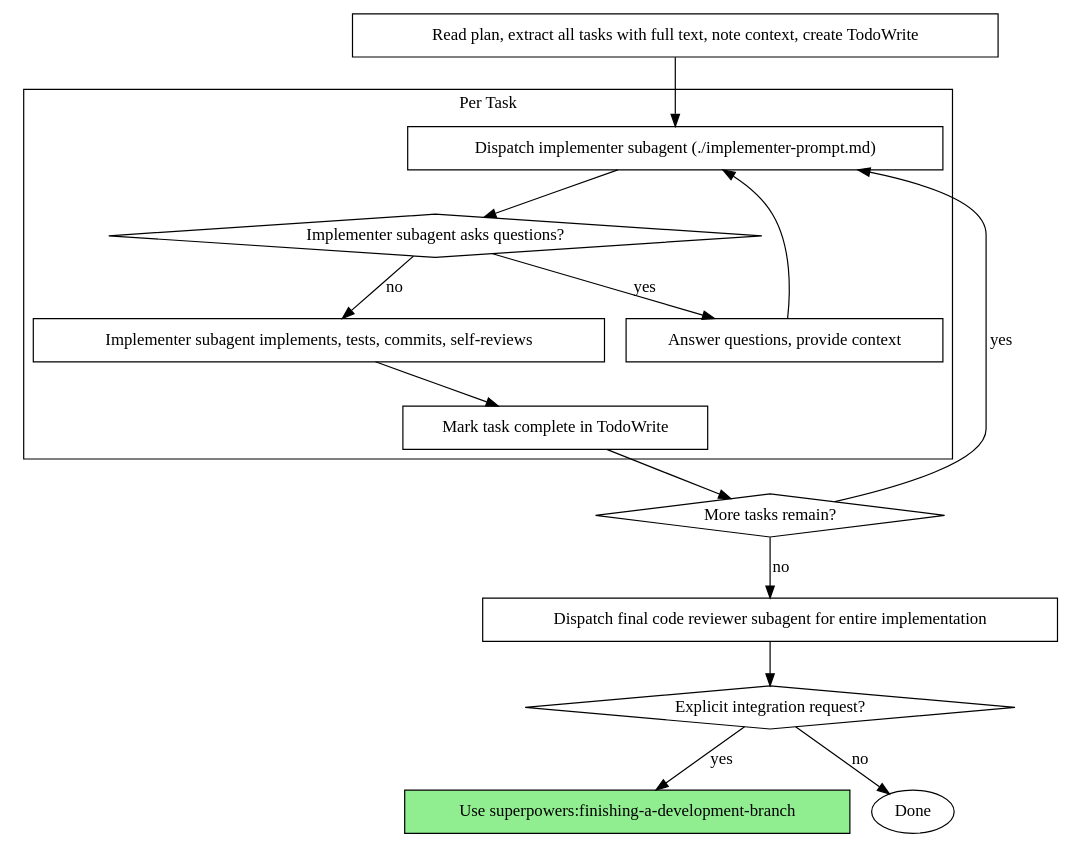
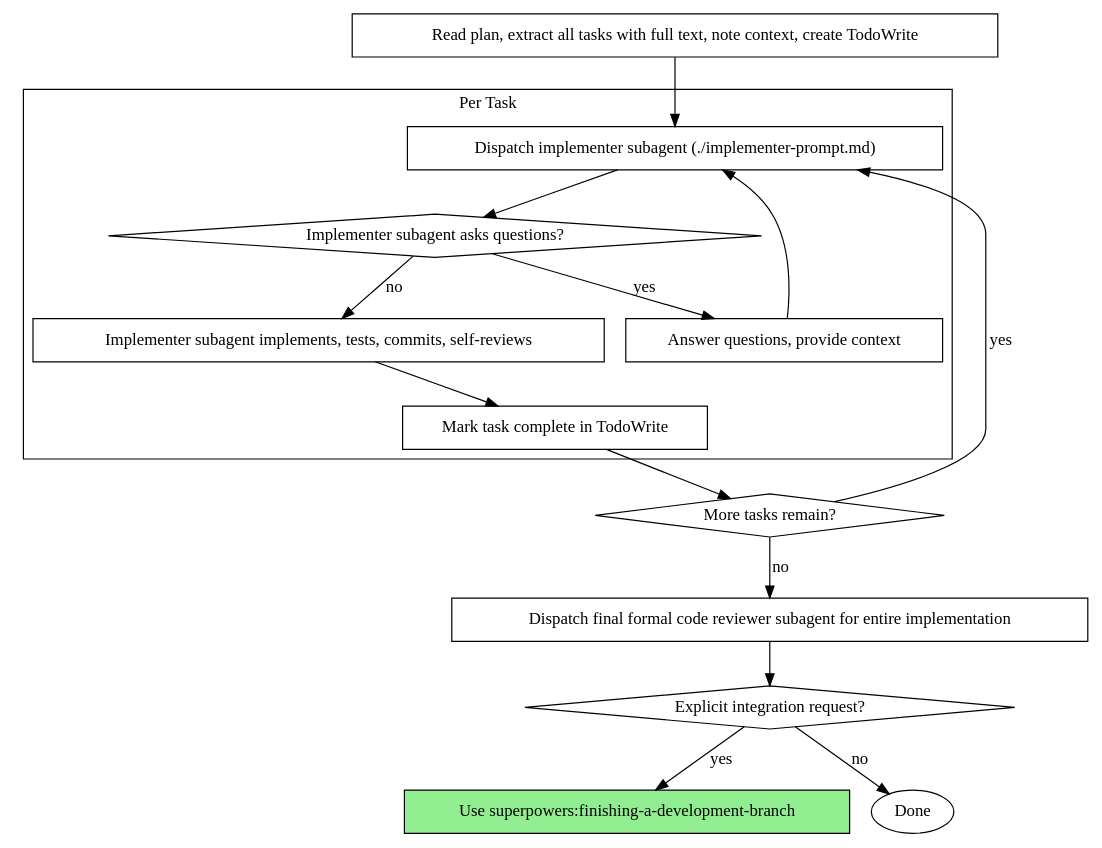
Before and after one commit to zcarc/superpowers: the second of 2 diagrams in skills-custom/subagent-driven-development/SKILL.md, drawn with Graphviz. The commit also changed other lines of this file and 9 other files, not shown here.

Commit message:
docs: clarify final formal review boundaries across superpowers skills

````diff
--- a/skills-custom/subagent-driven-development/SKILL.md
+++ b/skills-custom/subagent-driven-development/SKILL.md
@@ -33,34 +40,34 @@
 ```dot
 digraph process {
     rankdir=TB;
 
     subgraph cluster_per_task {
         label="Per Task";
         "Dispatch implementer subagent (./implementer-prompt.md)" [shape=box];
         "Implementer subagent asks questions?" [shape=diamond];
         "Answer questions, provide context" [shape=box];
         "Implementer subagent implements, tests, commits, self-reviews" [shape=box];
         "Mark task complete in TodoWrite" [shape=box];
     }
 
     "Read plan, extract all tasks with full text, note context, create TodoWrite" [shape=box];
     "More tasks remain?" [shape=diamond];
-    "Dispatch final code reviewer subagent for entire implementation" [shape=box];
+    "Dispatch final formal code reviewer subagent for entire implementation" [shape=box];
 
     "Read plan, extract all tasks with full text, note context, create TodoWrite" -> "Dispatch implementer subagent (./implementer-prompt.md)";
     "Dispatch implementer subagent (./implementer-prompt.md)" -> "Implementer subagent asks questions?";
     "Implementer subagent asks questions?" -> "Answer questions, provide context" [label="yes"];
     "Answer questions, provide context" -> "Dispatch implementer subagent (./implementer-prompt.md)";
     "Implementer subagent asks questions?" -> "Implementer subagent implements, tests, commits, self-reviews" [label="no"];
     "Implementer subagent implements, tests, commits, self-reviews" -> "Mark task complete in TodoWrite";
     "Mark task complete in TodoWrite" -> "More tasks remain?";
     "More tasks remain?" -> "Dispatch implementer subagent (./implementer-prompt.md)" [label="yes"];
-    "More tasks remain?" -> "Dispatch final code reviewer subagent for entire implementation" [label="no"];
-    "Dispatch final code reviewer subagent for entire implementation" -> "Explicit integration request?";
+    "More tasks remain?" -> "Dispatch final formal code reviewer subagent for entire implementation" [label="no"];
+    "Dispatch final formal code reviewer subagent for entire implementation" -> "Explicit integration request?";
     "Explicit integration request?" [shape=diamond];
     "Use superpowers:finishing-a-development-branch" [shape=box style=filled fillcolor=lightgreen];
     "Done" [shape=ellipse];
     "Explicit integration request?" -> "Use superpowers:finishing-a-development-branch" [label="yes"];
     "Explicit integration request?" -> "Done" [label="no"];
 }
 ```
````
